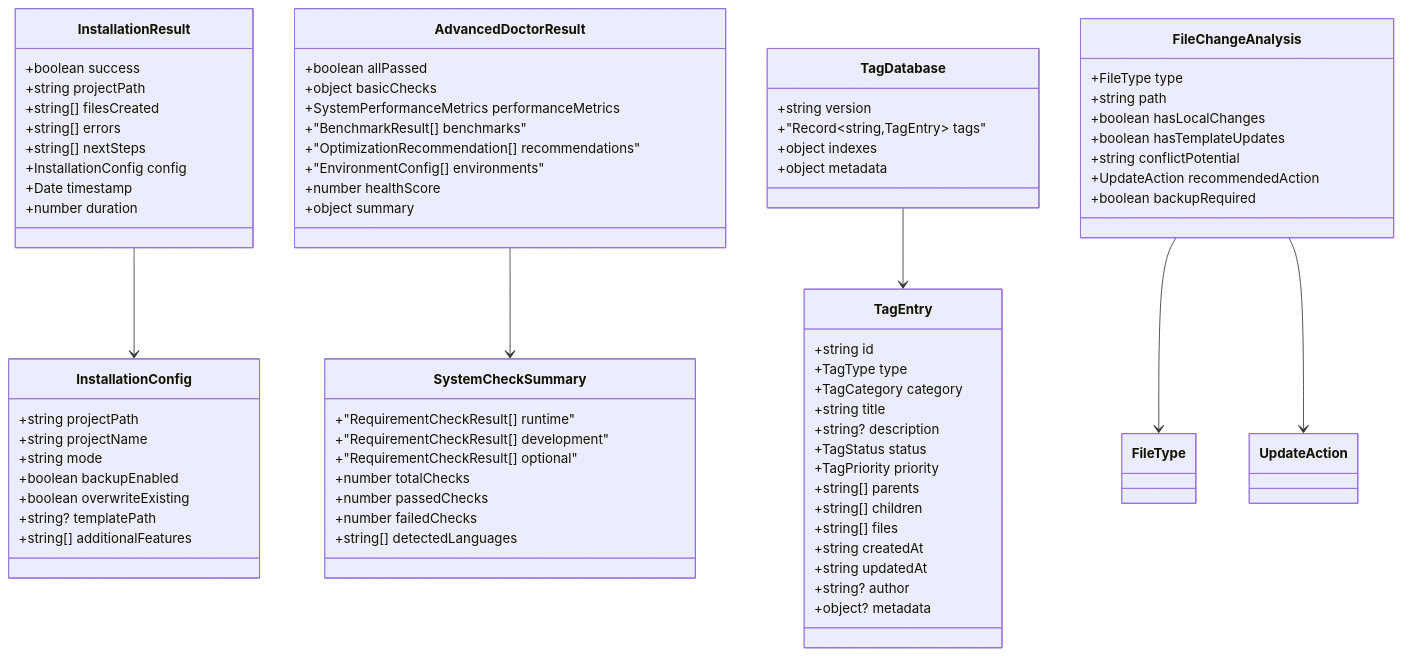
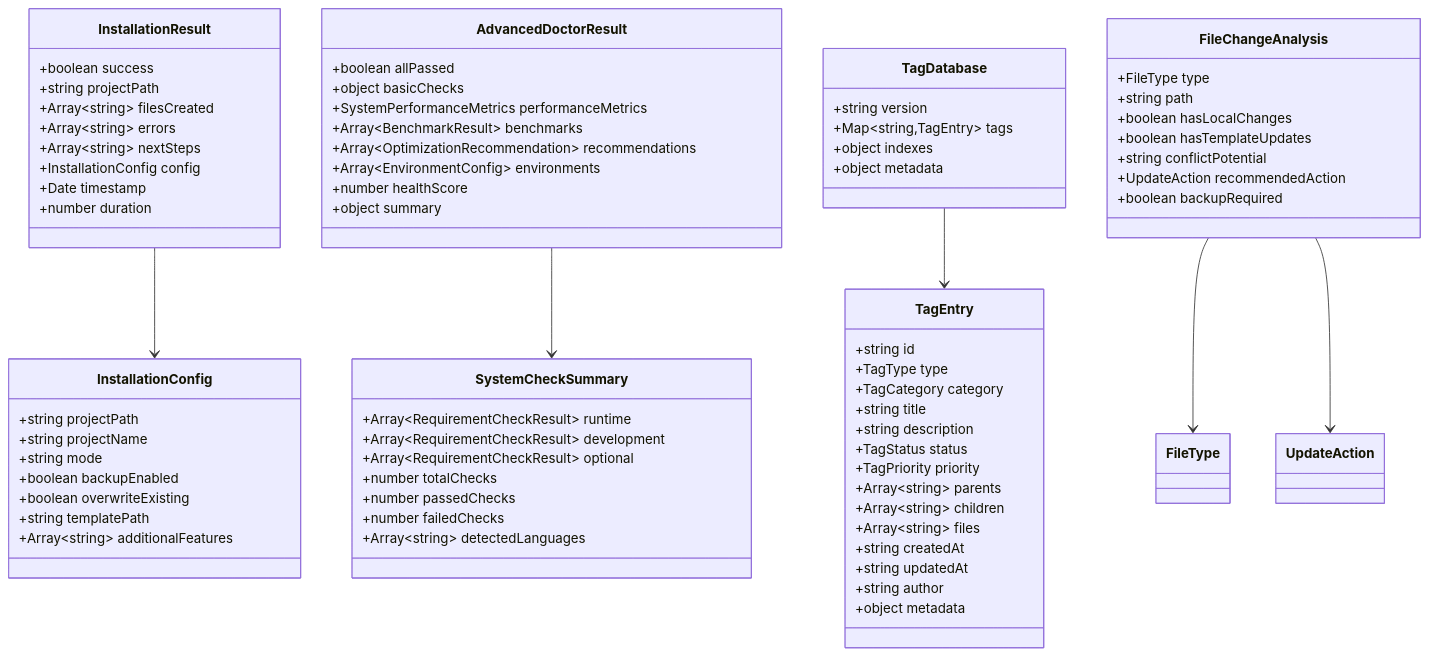
The sixth of 6 diagrams in docs/reference/api-reference.md (modu-ai/moai-adk), drawn with Mermaid before and after one commit. The commit also changed other lines of this file and 447 other files, not shown here.

```diff
--- a/docs/reference/api-reference.md
+++ b/docs/reference/api-reference.md
@@ -1133,38 +1133,38 @@
         +string mode
         +boolean backupEnabled
         +boolean overwriteExisting
-        +string? templatePath
-        +string[] additionalFeatures
+        +string templatePath
+        +Array~string~ additionalFeatures
     }
 
     class InstallationResult {
         +boolean success
         +string projectPath
-        +string[] filesCreated
-        +string[] errors
-        +string[] nextSteps
+        +Array~string~ filesCreated
+        +Array~string~ errors
+        +Array~string~ nextSteps
         +InstallationConfig config
         +Date timestamp
         +number duration
     }
 
     class SystemCheckSummary {
-        +"RequirementCheckResult[] runtime"
-        +"RequirementCheckResult[] development"
-        +"RequirementCheckResult[] optional"
+        +Array~RequirementCheckResult~ runtime
+        +Array~RequirementCheckResult~ development
+        +Array~RequirementCheckResult~ optional
         +number totalChecks
         +number passedChecks
         +number failedChecks
-        +string[] detectedLanguages
+        +Array~string~ detectedLanguages
     }
 
     class AdvancedDoctorResult {
         +boolean allPassed
         +object basicChecks
         +SystemPerformanceMetrics performanceMetrics
-        +"BenchmarkResult[] benchmarks"
-        +"OptimizationRecommendation[] recommendations"
-        +"EnvironmentConfig[] environments"
+        +Array~BenchmarkResult~ benchmarks
+        +Array~OptimizationRecommendation~ recommendations
+        +Array~EnvironmentConfig~ environments
         +number healthScore
         +object summary
     }
@@ -1174,21 +1174,21 @@
         +TagType type
         +TagCategory category
         +string title
-        +string? description
+        +string description
         +TagStatus status
         +TagPriority priority
-        +string[] parents
-        +string[] children
-        +string[] files
+        +Array~string~ parents
+        +Array~string~ children
+        +Array~string~ files
         +string createdAt
         +string updatedAt
-        +string? author
-        +object? metadata
+        +string author
+        +object metadata
     }
 
     class TagDatabase {
         +string version
-        +"Record~string,TagEntry~ tags"
+        +Map~string,TagEntry~ tags
         +object indexes
         +object metadata
     }
```
